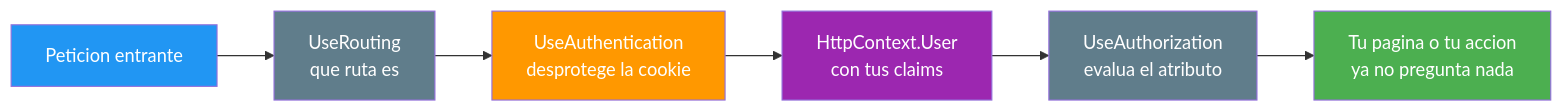
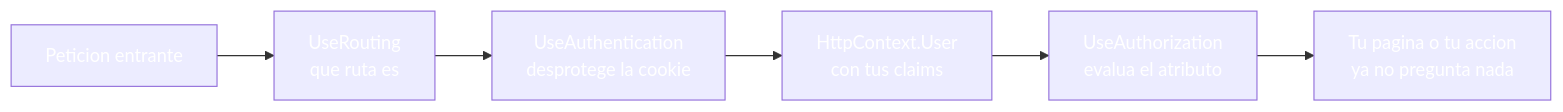
One commit to joseluisgs/DesarrolloWebEntornosServidor-03-2026-2027 changed the sixth of 8 diagrams in 19-autenticacion-identity.md. Above: the diagram before and after it, drawn with Mermaid. The commit also changed other lines of this file and 30 other files, not shown here.

````diff
--- a/19-autenticacion-identity.md
+++ b/19-autenticacion-identity.md
@@ -301,14 +301,14 @@
 ```mermaid
 graph LR
     P["Peticion entrante"] --> R["UseRouting<br/>que ruta es"]
     R --> A["UseAuthentication<br/>desprotege la cookie"]
     A --> U["HttpContext.User<br/>con tus claims"]
     U --> Z["UseAuthorization<br/>evalua el atributo"]
     Z --> F["Tu pagina o tu accion<br/>ya no pregunta nada"]
-    style P fill:#2196F3,color:#fff
-    style R fill:#607D8B,color:#fff
-    style A fill:#FF9800,color:#fff
-    style U fill:#9C27B0,color:#fff
-    style Z fill:#607D8B,color:#fff
-    style F fill:#4CAF50,color:#fff
+    style P fill:#2196F,color:#fff3,color:#fff
+    style R fill:#607D8,color:#fffB,color:#fff
+    style A fill:#FF980,color:#fff0,color:#fff
+    style U fill:#9C27B,color:#fff0,color:#fff
+    style Z fill:#607D8,color:#fffB,color:#fff
+    style F fill:#4CAF5,color:#fff0,color:#fff
 ```
````
